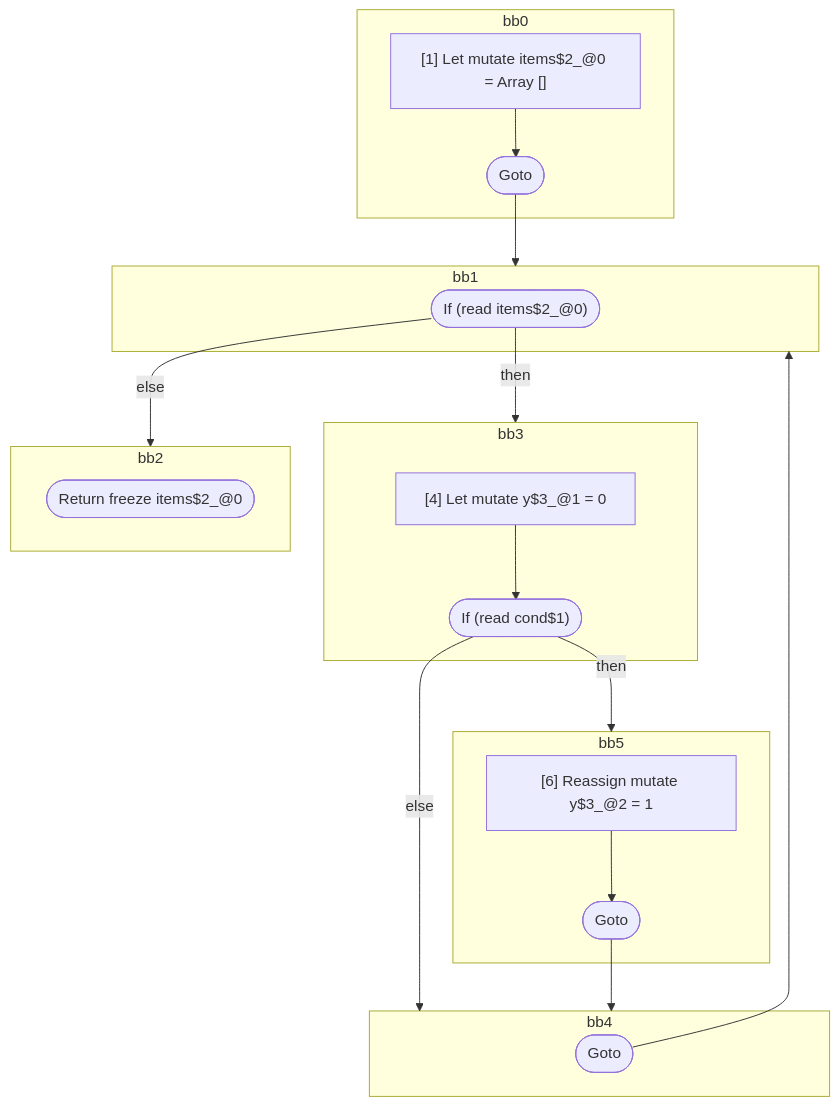
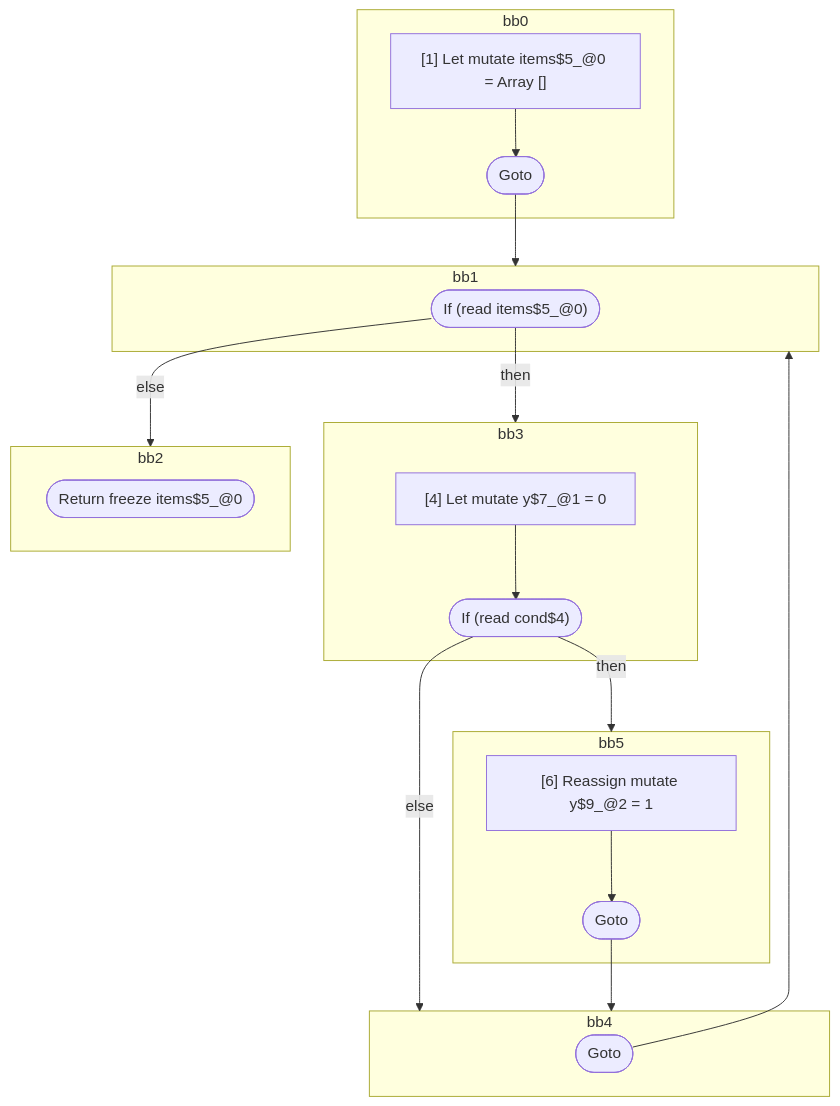
One commit to wutsmog/private changed the diagram in compiler/forget/src/__tests__/fixtures/hir/ssa-for-of.expect.md. Above: the diagram before and after it, drawn with Mermaid. The commit also changed other lines of this file and 59 other files, not shown here.

````diff
--- a/compiler/forget/src/__tests__/fixtures/hir/ssa-for-of.expect.md
+++ b/compiler/forget/src/__tests__/fixtures/hir/ssa-for-of.expect.md
@@ -45,41 +45,41 @@
 ```mermaid
 flowchart TB
   %% Basic Blocks
   subgraph bb0
     bb0_instrs["
-      [1] Let mutate items$2_@0 = Array []
+      [1] Let mutate items$5_@0 = Array []
     "]
     bb0_instrs --> bb0_terminal(["Goto"])
   end
   subgraph bb1
-    bb1_terminal(["If (read items$2_@0)"])
+    bb1_terminal(["If (read items$5_@0)"])
   end
   subgraph bb3
     bb3_instrs["
-      [4] Let mutate y$3_@1 = 0
+      [4] Let mutate y$7_@1 = 0
     "]
-    bb3_instrs --> bb3_terminal(["If (read cond$1)"])
+    bb3_instrs --> bb3_terminal(["If (read cond$4)"])
   end
   subgraph bb5
     bb5_instrs["
-      [6] Reassign mutate y$3_@2 = 1
+      [6] Reassign mutate y$9_@2 = 1
     "]
     bb5_instrs --> bb5_terminal(["Goto"])
   end
   subgraph bb4
     bb4_terminal(["Goto"])
   end
   subgraph bb2
-    bb2_terminal(["Return freeze items$2_@0"])
+    bb2_terminal(["Return freeze items$5_@0"])
   end
 
   %% Jumps
   bb0_terminal --> bb1
   bb1_terminal -- "then" --> bb3
   bb1_terminal -- "else" --> bb2
   bb3_terminal -- "then" --> bb5
   bb3_terminal -- "else" --> bb4
   bb5_terminal --> bb4
   bb4_terminal --> bb1
 
 ```
````
